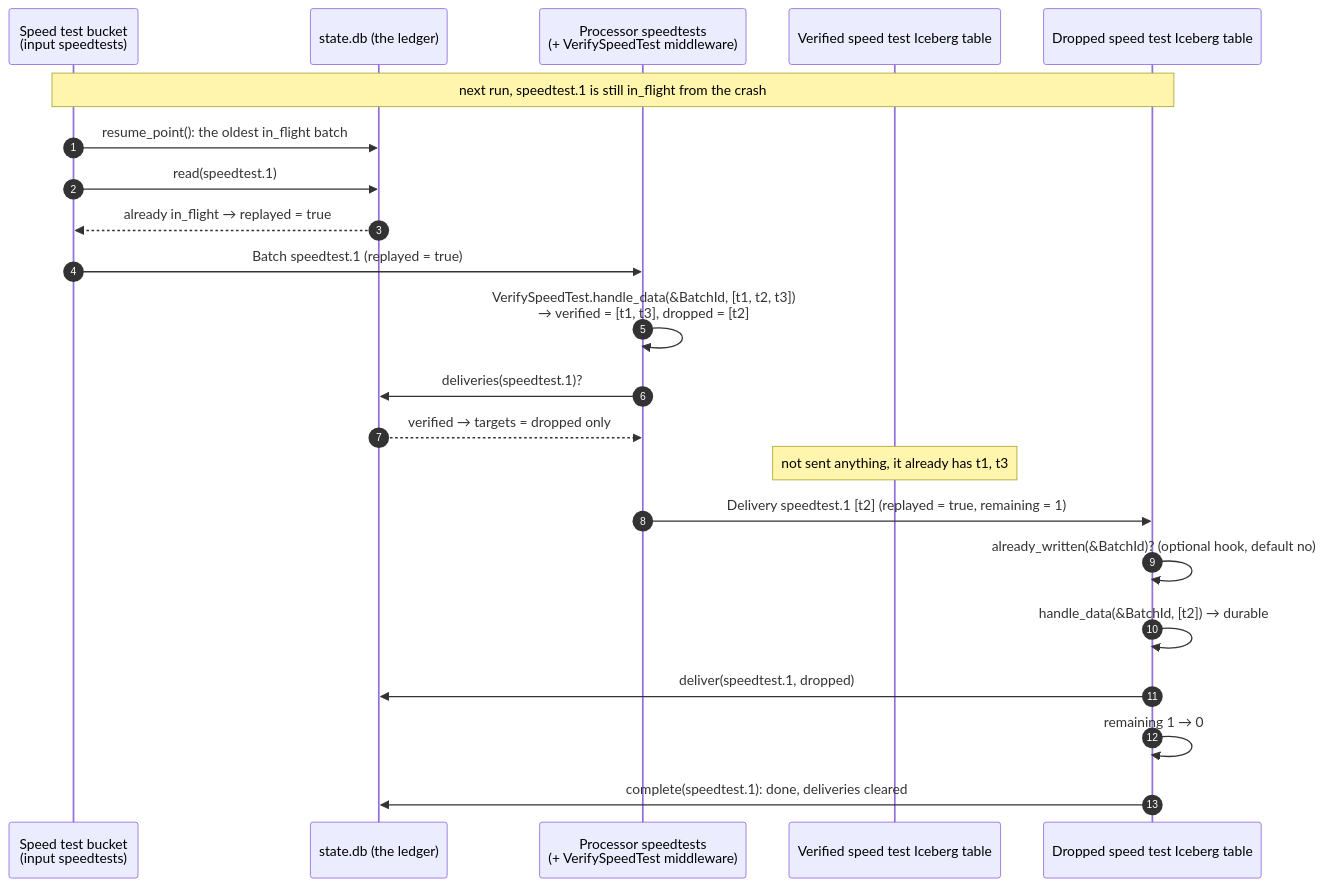
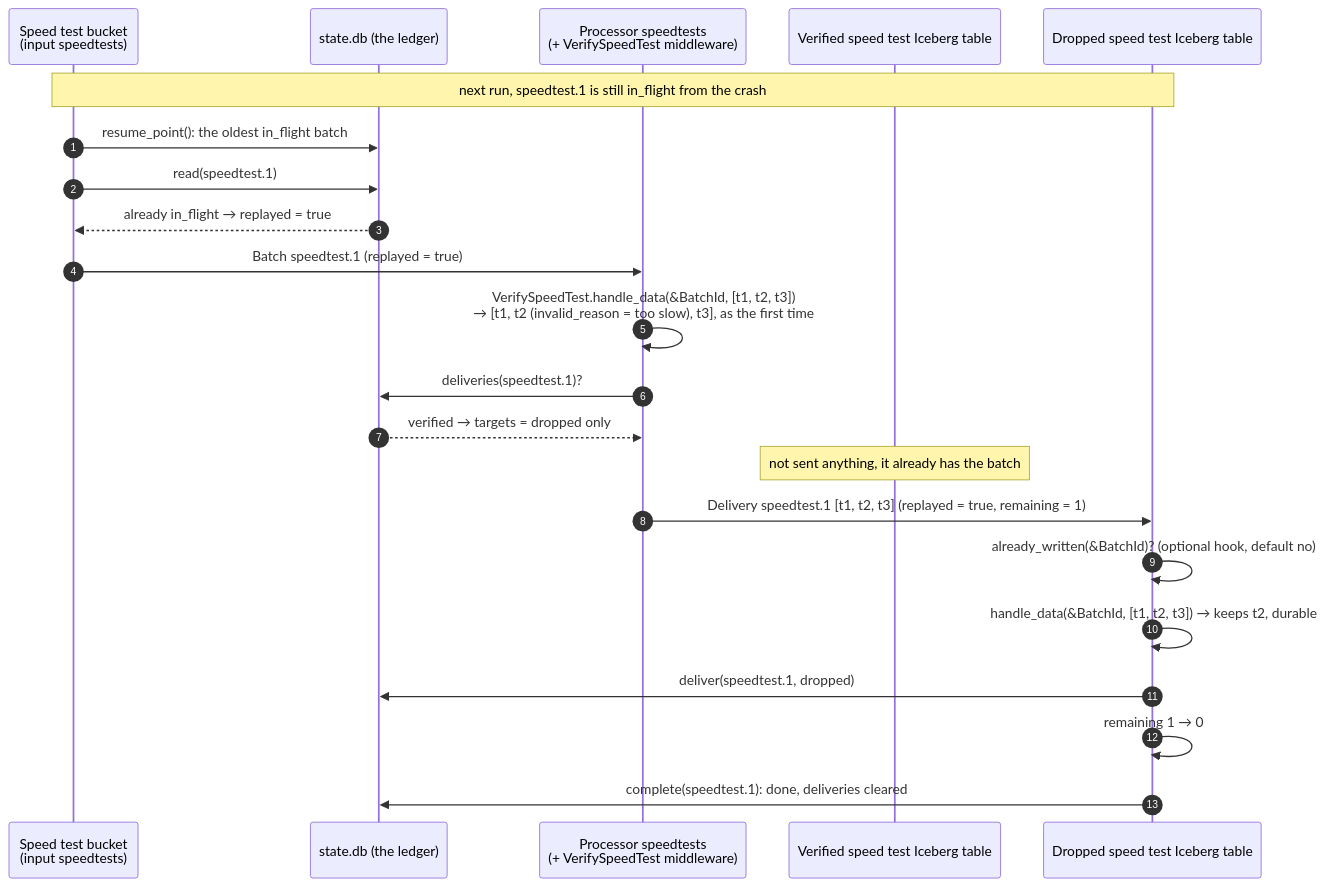
Before and after one commit to helium/glacon: the fourth of 4 diagrams in README.md, drawn with Mermaid. The commit also changed other lines of this file and 31 other files, not shown here.

````diff
--- a/README.md
+++ b/README.md
@@ -273,25 +275,25 @@
 ```mermaid
 sequenceDiagram
     autonumber
     participant I as Speed test bucket<br/>(input speedtests)
     participant L as state.db (the ledger)
     participant P as Processor speedtests<br/>(+ VerifySpeedTest middleware)
     participant V as Verified speed test Iceberg table
     participant D as Dropped speed test Iceberg table
 
     Note over I,D: next run, speedtest.1 is still in_flight from the crash
     I->>L: resume_point(): the oldest in_flight batch
     I->>L: read(speedtest.1)
     L-->>I: already in_flight → replayed = true
     I->>P: Batch speedtest.1 (replayed = true)
-    P->>P: VerifySpeedTest.handle_data(&BatchId, [t1, t2, t3])<br/>→ verified = [t1, t3], dropped = [t2]
+    P->>P: VerifySpeedTest.handle_data(&BatchId, [t1, t2, t3])<br/>→ [t1, t2 (invalid_reason = too slow), t3], as the first time
     P->>L: deliveries(speedtest.1)?
     L-->>P: verified → targets = dropped only
-    Note over V: not sent anything, it already has t1, t3
-    P->>D: Delivery speedtest.1 [t2] (replayed = true, remaining = 1)
+    Note over V: not sent anything, it already has the batch
+    P->>D: Delivery speedtest.1 [t1, t2, t3] (replayed = true, remaining = 1)
     D->>D: already_written(&BatchId)? (optional hook, default no)
-    D->>D: handle_data(&BatchId, [t2]) → durable
+    D->>D: handle_data(&BatchId, [t1, t2, t3]) → keeps t2, durable
     D->>L: deliver(speedtest.1, dropped)
     D->>D: remaining 1 → 0
     D->>L: complete(speedtest.1): done, deliveries cleared
 ```
````
